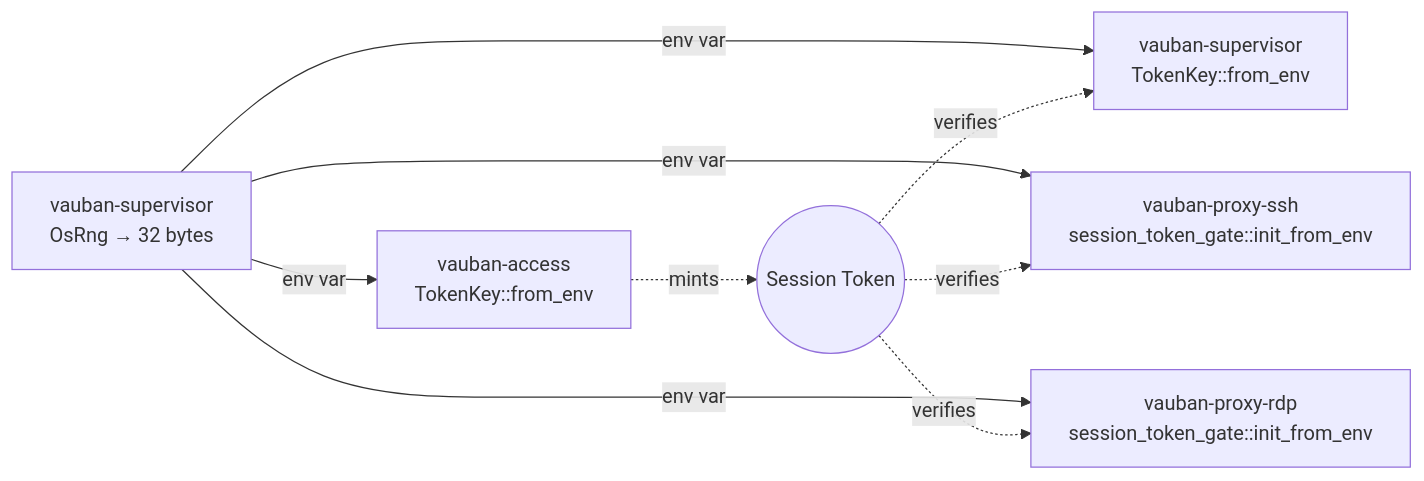
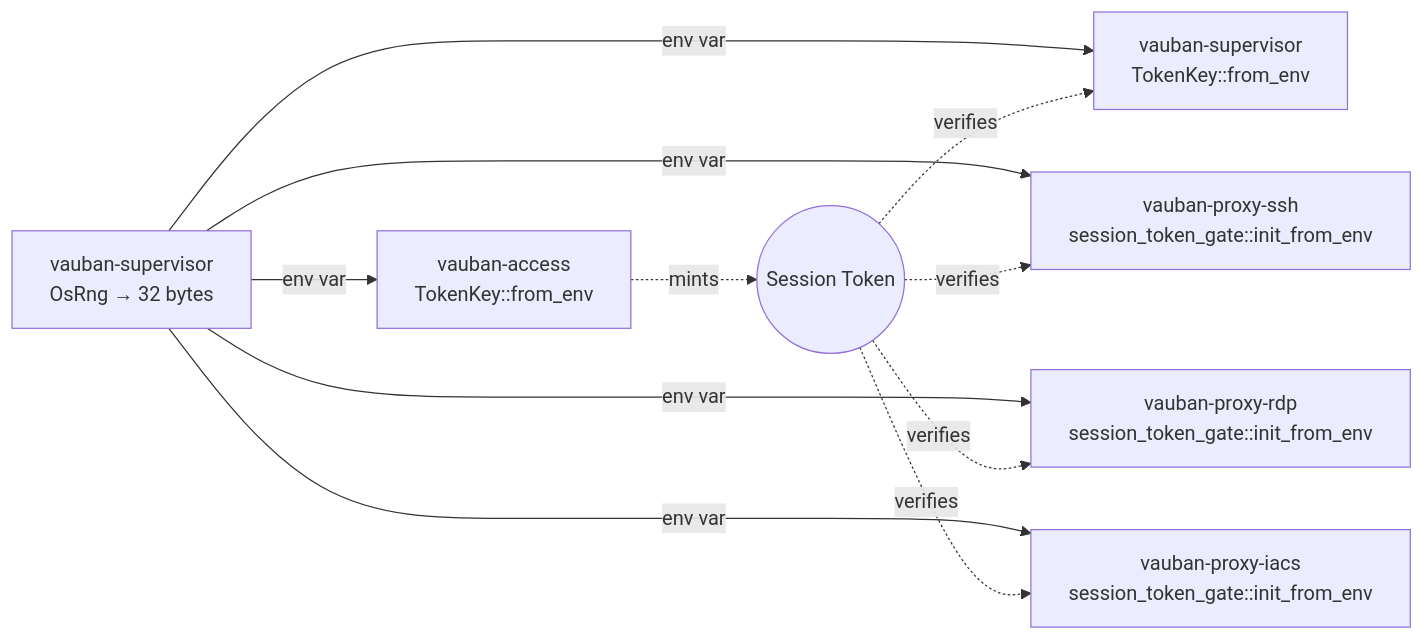
The seventh of 7 diagrams in docs/technical/Vauban_AccessGuard_Architecture_EN(1.0).md (rbenaley/Vauban), drawn with Mermaid before and after one commit. The commit also changed other lines of this file and 49 other files, not shown here.

First line of the commit message:
feat(iacs): split into vauban-proxy-iacs, per-asset target, bump to 0.7.8

````diff
--- a/docs/technical/Vauban_AccessGuard_Architecture_EN(1.0).md
+++ b/docs/technical/Vauban_AccessGuard_Architecture_EN(1.0).md
@@ -637,12 +645,14 @@
 ```mermaid
 flowchart LR
     Sup["vauban-supervisor<br/>OsRng → 32 bytes"]
     Sup -->|env var| AccLoad["vauban-access<br/>TokenKey::from_env"]
     Sup -->|env var| SupSelf["vauban-supervisor<br/>TokenKey::from_env"]
     Sup -->|env var| PsshLoad["vauban-proxy-ssh<br/>session_token_gate::init_from_env"]
     Sup -->|env var| PrdpLoad["vauban-proxy-rdp<br/>session_token_gate::init_from_env"]
+    Sup -->|env var| PiacsLoad["vauban-proxy-iacs<br/>session_token_gate::init_from_env"]
     AccLoad -.->|mints| Tok((Session Token))
     Tok -.->|verifies| SupSelf
     Tok -.->|verifies| PsshLoad
     Tok -.->|verifies| PrdpLoad
+    Tok -.->|verifies| PiacsLoad
 ```
````
